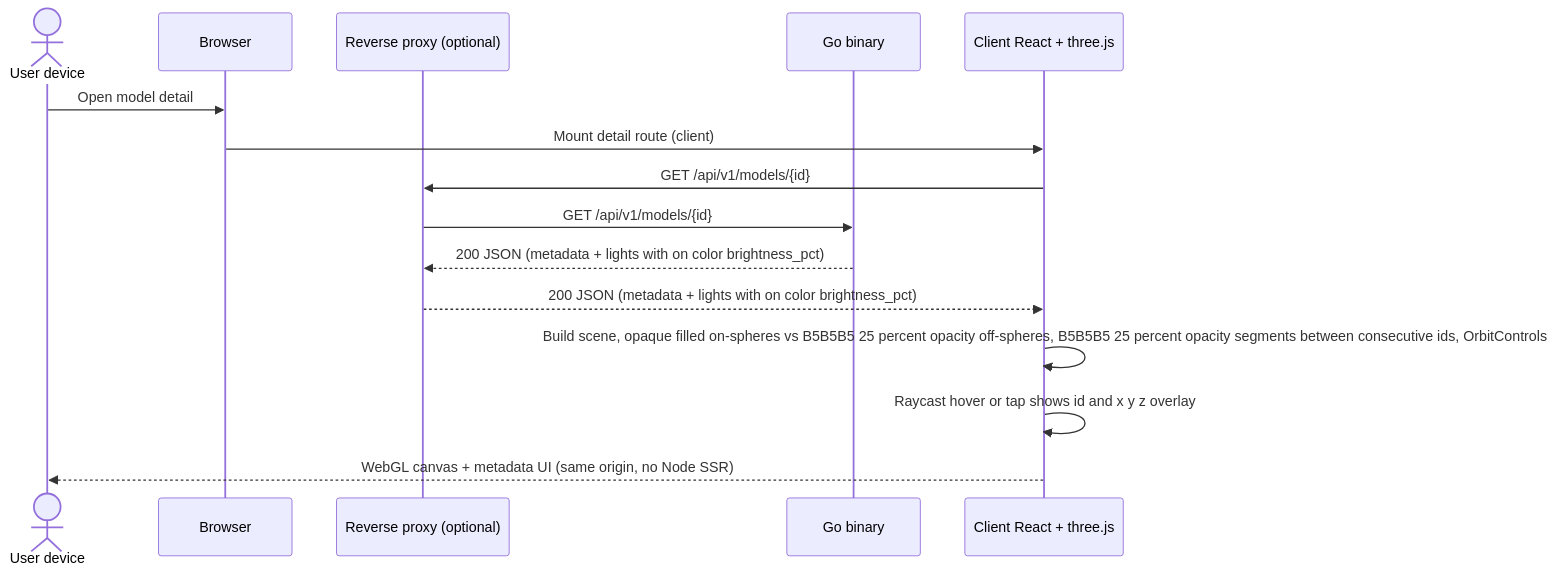
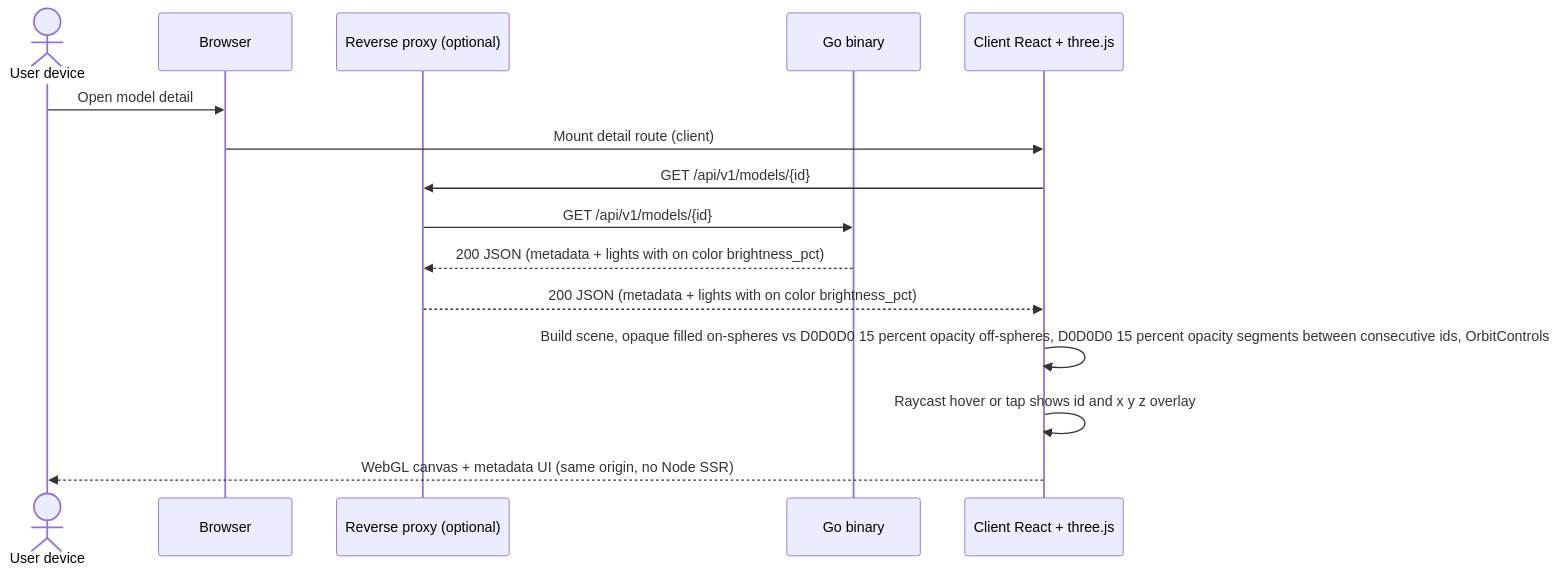
Before and after one commit to mudged/dlm: the sixth of 10 diagrams in docs/architecture.md, drawn with Mermaid. The commit also changed other lines of this file and 6 other files, not shown here.

````diff
--- a/docs/architecture.md
+++ b/docs/architecture.md
@@ -576,18 +576,18 @@
 ```mermaid
 sequenceDiagram
   actor User as User device
   participant B as Browser
   participant P as Reverse proxy (optional)
   participant G as Go binary
   participant R as Client React + three.js
 
   User->>B: Open model detail
   B->>R: Mount detail route (client)
   R->>P: GET /api/v1/models/{id}
   P->>G: GET /api/v1/models/{id}
   G-->>P: 200 JSON (metadata + lights with on color brightness_pct)
   P-->>R: 200 JSON (metadata + lights with on color brightness_pct)
-  R->>R: Build scene, opaque filled on-spheres vs B5B5B5 25 percent opacity off-spheres, B5B5B5 25 percent opacity segments between consecutive ids, OrbitControls
+  R->>R: Build scene, opaque filled on-spheres vs D0D0D0 15 percent opacity off-spheres, D0D0D0 15 percent opacity segments between consecutive ids, OrbitControls
   R->>R: Raycast hover or tap shows id and x y z overlay
   R-->>User: WebGL canvas + metadata UI (same origin, no Node SSR)
 ```
````
